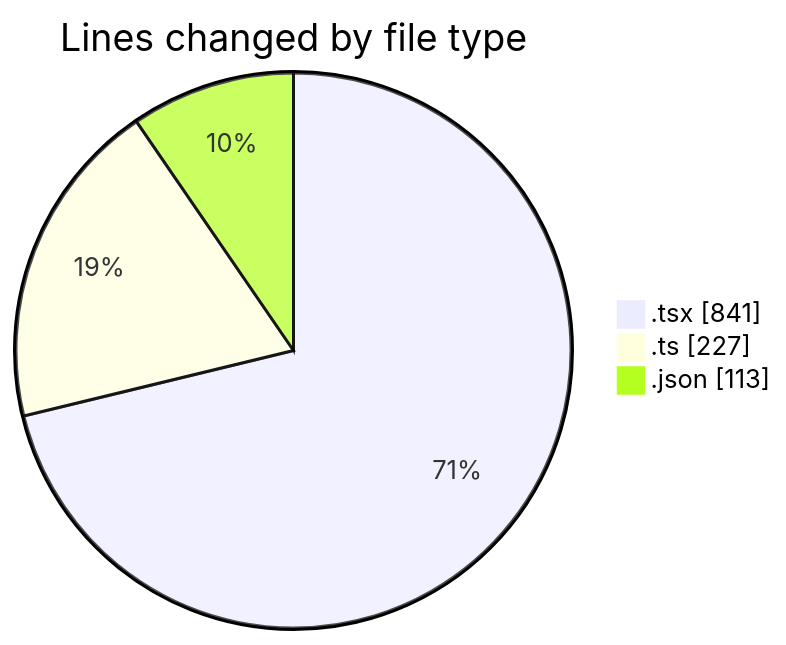
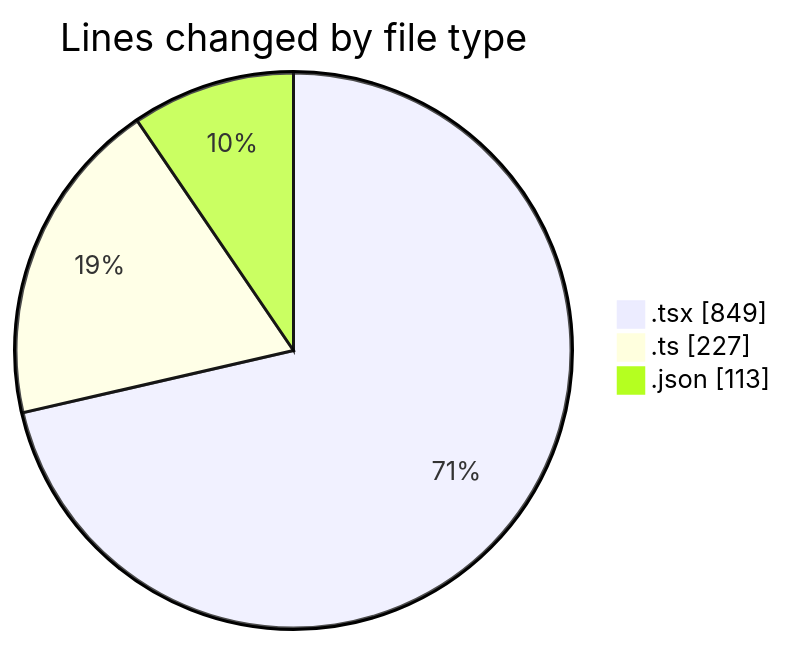
The first of 2 diagrams in 2025-02-23/pdf-analysis-app/README.md (momahboobian/code-tracking), drawn with Mermaid before and after one commit. The commit also changed other lines of this file and 1 other file, not shown here.

````diff
--- a/2025-02-23/pdf-analysis-app/README.md
+++ b/2025-02-23/pdf-analysis-app/README.md
@@ -30,7 +30,7 @@
 ```mermaid
 pie showData
 title Lines changed by file type
-".tsx" : 841
+".tsx" : 849
 ".ts" : 227
 ".json" : 113
 ```
````
